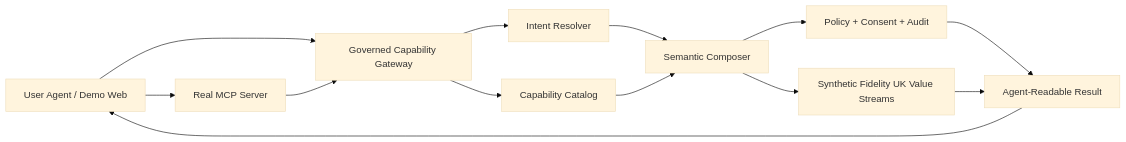
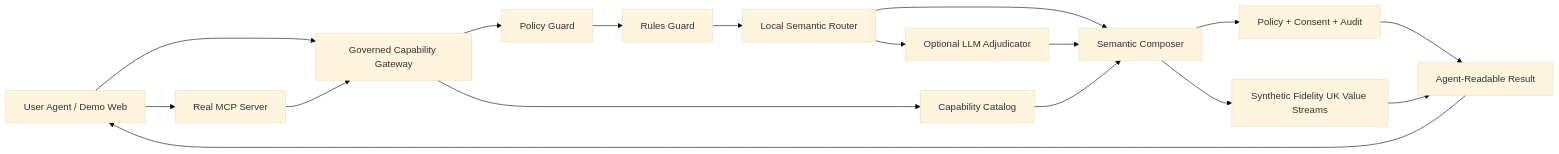
The diagram in POC_ARCHITECTURE.md (ceociocto/agent-bridge), drawn with Mermaid (base theme) before and after one commit. The commit also changed other lines of this file and 8 other files, not shown here.

Commit message:
Add layered semantic intent routing

````diff
--- a/POC_ARCHITECTURE.md
+++ b/POC_ARCHITECTURE.md
@@ -15,25 +15,32 @@
 ```mermaid
 flowchart LR
     Agent["User Agent / Demo Web"]
     McpServer["Real MCP Server"]
     Gateway["Governed Capability Gateway"]
     Catalog["Capability Catalog"]
-    Intent["Intent Resolver"]
+    PolicyGuard["Policy Guard"]
+    RulesGuard["Rules Guard"]
+    SemanticRouter["Local Semantic Router"]
+    LlmAdjudicator["Optional LLM Adjudicator"]
     Composer["Semantic Composer"]
     Policy["Policy + Consent + Audit"]
     ValueStreams["Synthetic Fidelity UK Value Streams"]
     Result["Agent-Readable Result"]
 
     Agent --> Gateway
     Agent --> McpServer
     McpServer --> Gateway
     Gateway --> Catalog
-    Gateway --> Intent
-    Intent --> Composer
+    Gateway --> PolicyGuard
+    PolicyGuard --> RulesGuard
+    RulesGuard --> SemanticRouter
+    SemanticRouter --> LlmAdjudicator
+    SemanticRouter --> Composer
+    LlmAdjudicator --> Composer
     Catalog --> Composer
     Composer --> Policy
     Composer --> ValueStreams
     Policy --> Result
     ValueStreams --> Result
     Result --> Agent
 ```
````
